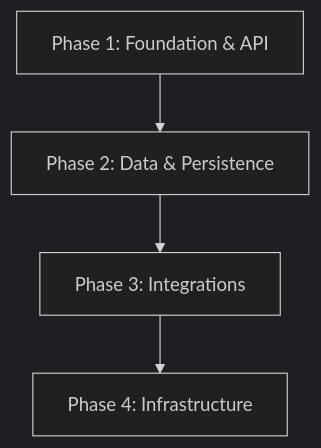
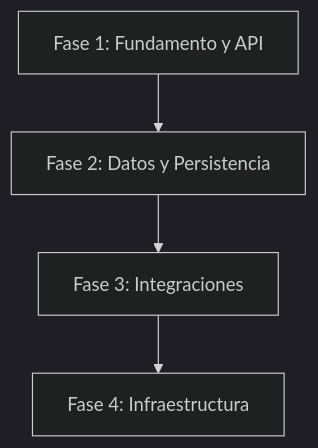
The diagram in backend-infra/README.md (gonzoblasco/ai-developer-stack), drawn with Mermaid (dark theme) before and after one commit. The commit also changed other lines of this file and 15 other files, not shown here.

````diff
--- a/backend-infra/README.md
+++ b/backend-infra/README.md
@@ -13,6 +13,6 @@
 ```mermaid
 graph TD
-    A[Phase 1: Foundation & API] --> B[Phase 2: Data & Persistence]
-    B --> C[Phase 3: Integrations]
-    C --> D[Phase 4: Infrastructure]
+    A[Fase 1: Fundamento y API] --> B[Fase 2: Datos y Persistencia]
+    B --> C[Fase 3: Integraciones]
+    C --> D[Fase 4: Infraestructura]
 ```
````
